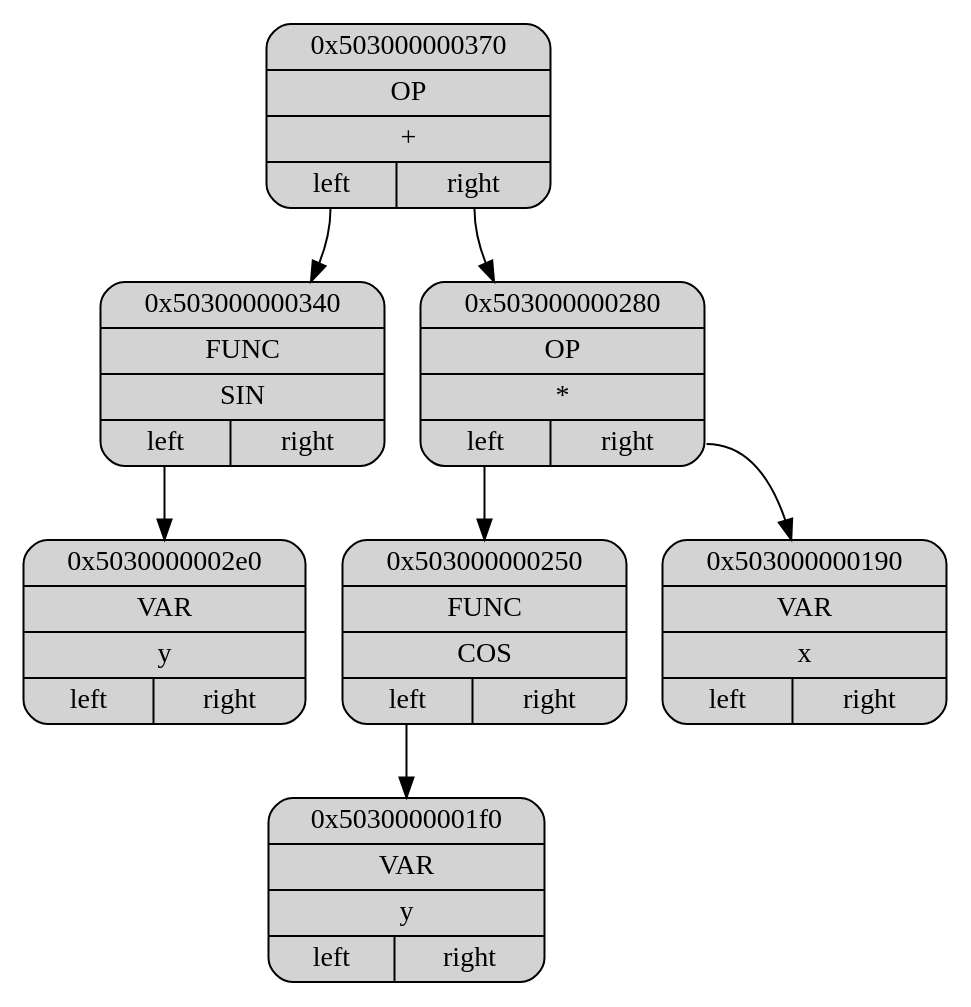
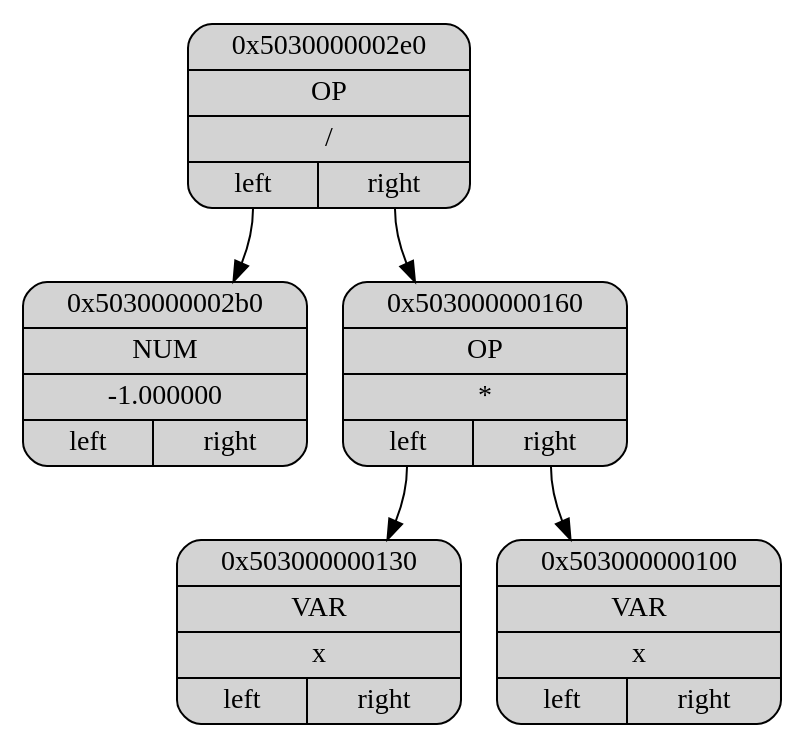
One commit to ashqqy/Differentiation changed the diagram in Dump/dump.dot. Above: the diagram before and after it, drawn with Graphviz. The commit also changed 21 other files, not shown here.

```diff
--- a/Dump/dump.dot
+++ b/Dump/dump.dot
@@ -1,19 +1,15 @@
 digraph G
 {
 node[shape="record", style="rounded, filled"];
 
-p0x503000000370[label = "{ <ptr> 0x503000000370 |<type> OP | <data>+| { <l>left|<r>right } }"];
-p0x503000000340[label = "{ <ptr> 0x503000000340 |<type> FUNC | <data>SIN| { <l>left|<r>right } }"];
-p0x5030000002e0[label = "{ <ptr> 0x5030000002e0 |<type> VAR | <data>y| { <l>left|<r>right } }"];
-p0x503000000280[label = "{ <ptr> 0x503000000280 |<type> OP | <data>*| { <l>left|<r>right } }"];
-p0x503000000250[label = "{ <ptr> 0x503000000250 |<type> FUNC | <data>COS| { <l>left|<r>right } }"];
-p0x5030000001f0[label = "{ <ptr> 0x5030000001f0 |<type> VAR | <data>y| { <l>left|<r>right } }"];
-p0x503000000190[label = "{ <ptr> 0x503000000190 |<type> VAR | <data>x| { <l>left|<r>right } }"];
+p0x5030000002e0[label = "{ <ptr> 0x5030000002e0 |<type> OP | <data>/| { <l>left|<r>right } }"];
+p0x5030000002b0[label = "{ <ptr> 0x5030000002b0 |<type> NUM | <data>-1.000000| { <l>left|<r>right } }"];
+p0x503000000160[label = "{ <ptr> 0x503000000160 |<type> OP | <data>*| { <l>left|<r>right } }"];
+p0x503000000130[label = "{ <ptr> 0x503000000130 |<type> VAR | <data>x| { <l>left|<r>right } }"];
+p0x503000000100[label = "{ <ptr> 0x503000000100 |<type> VAR | <data>x| { <l>left|<r>right } }"];
 
-p0x503000000370:<l> -> p0x503000000340
-p0x503000000340:<l> -> p0x5030000002e0
-p0x503000000370:<r> -> p0x503000000280
-p0x503000000280:<l> -> p0x503000000250
-p0x503000000250:<l> -> p0x5030000001f0
-p0x503000000280:<r> -> p0x503000000190
+p0x5030000002e0:<l> -> p0x5030000002b0
+p0x5030000002e0:<r> -> p0x503000000160
+p0x503000000160:<l> -> p0x503000000130
+p0x503000000160:<r> -> p0x503000000100
 }
```
